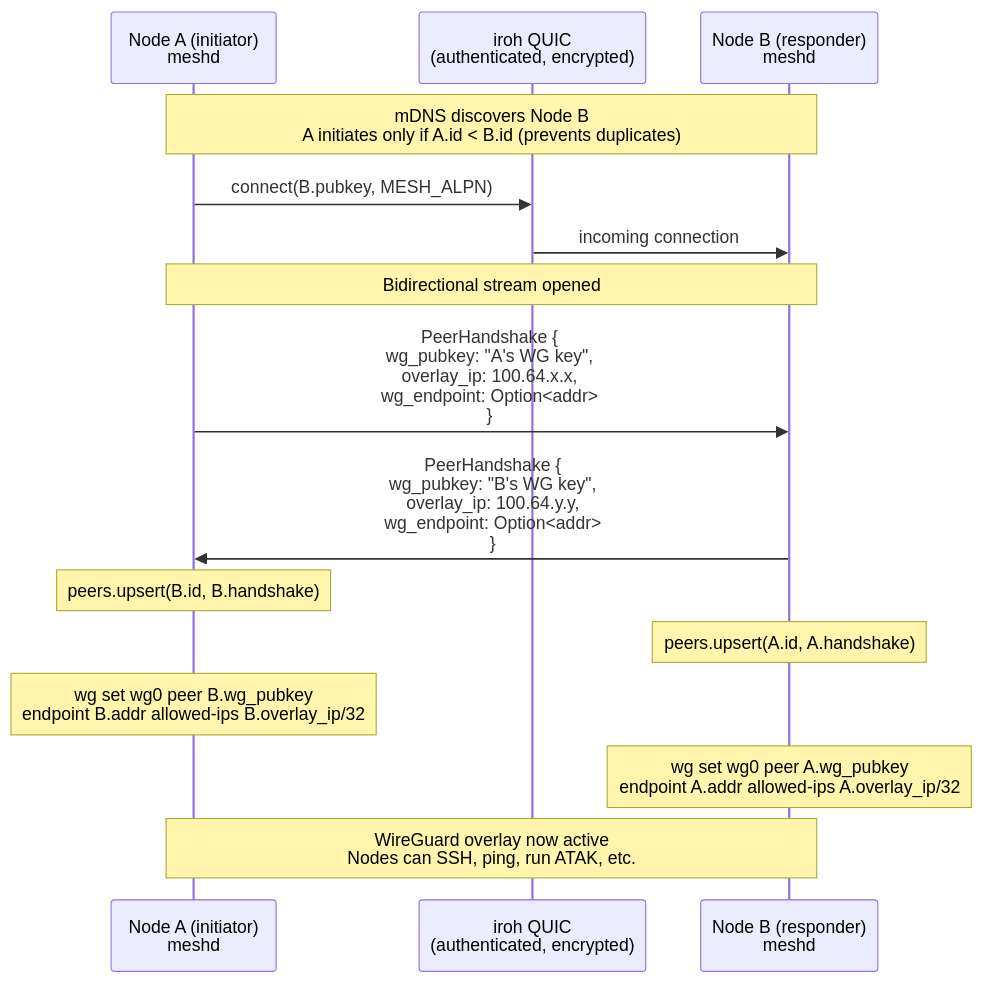
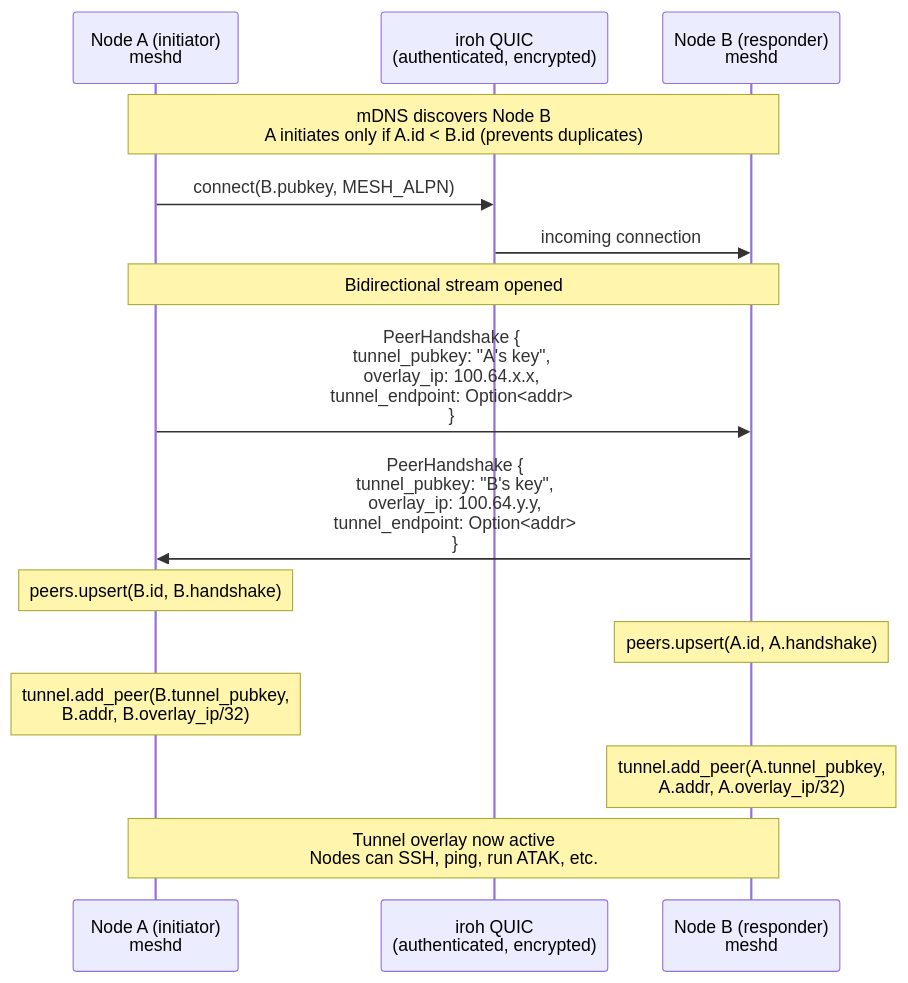
Before and after one commit to dlf-dds/DesertBreadProto: the fourth of 14 diagrams in docs/architecture-diagrams.md, drawn with Mermaid. The commit also changed other lines of this file and 2 other files, not shown here.

First line of the commit message:
Update docs and architecture diagrams for TunnelDriver

````diff
--- a/docs/architecture-diagrams.md
+++ b/docs/architecture-diagrams.md
@@ -335,24 +341,24 @@
 ```mermaid
 sequenceDiagram
     participant A as Node A (initiator)<br/>meshd
     participant IROH as iroh QUIC<br/>(authenticated, encrypted)
     participant B as Node B (responder)<br/>meshd
 
     Note over A,B: mDNS discovers Node B<br/>A initiates only if A.id < B.id (prevents duplicates)
 
     A->>IROH: connect(B.pubkey, MESH_ALPN)
     IROH->>B: incoming connection
 
     Note over A,B: Bidirectional stream opened
 
-    A->>B: PeerHandshake {<br/>  wg_pubkey: "A's WG key",<br/>  overlay_ip: 100.64.x.x,<br/>  wg_endpoint: Option<addr><br/>}
-    B->>A: PeerHandshake {<br/>  wg_pubkey: "B's WG key",<br/>  overlay_ip: 100.64.y.y,<br/>  wg_endpoint: Option<addr><br/>}
+    A->>B: PeerHandshake {<br/>  tunnel_pubkey: "A's key",<br/>  overlay_ip: 100.64.x.x,<br/>  tunnel_endpoint: Option<addr><br/>}
+    B->>A: PeerHandshake {<br/>  tunnel_pubkey: "B's key",<br/>  overlay_ip: 100.64.y.y,<br/>  tunnel_endpoint: Option<addr><br/>}
 
     Note over A: peers.upsert(B.id, B.handshake)
     Note over B: peers.upsert(A.id, A.handshake)
 
-    Note over A: wg set wg0 peer B.wg_pubkey<br/>endpoint B.addr allowed-ips B.overlay_ip/32
-    Note over B: wg set wg0 peer A.wg_pubkey<br/>endpoint A.addr allowed-ips A.overlay_ip/32
+    Note over A: tunnel.add_peer(B.tunnel_pubkey,<br/>B.addr, B.overlay_ip/32)
+    Note over B: tunnel.add_peer(A.tunnel_pubkey,<br/>A.addr, A.overlay_ip/32)
 
-    Note over A,B: WireGuard overlay now active<br/>Nodes can SSH, ping, run ATAK, etc.
+    Note over A,B: Tunnel overlay now active<br/>Nodes can SSH, ping, run ATAK, etc.
 ```
````
